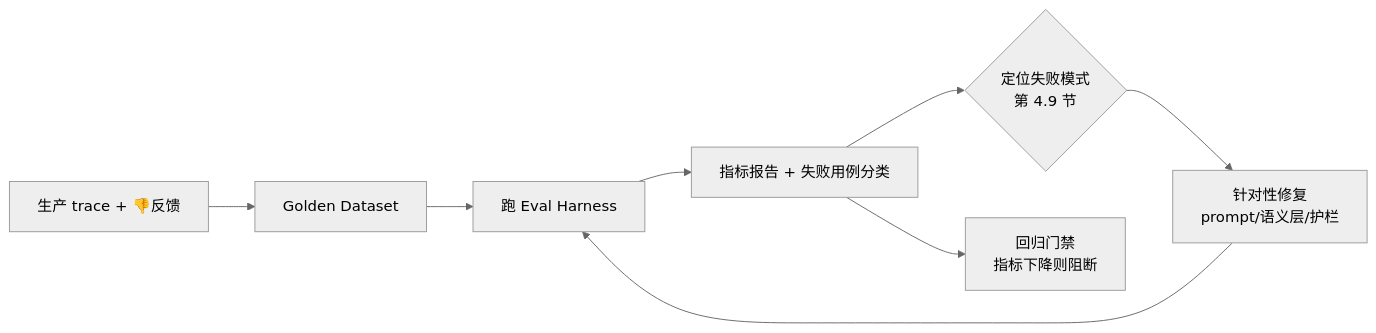
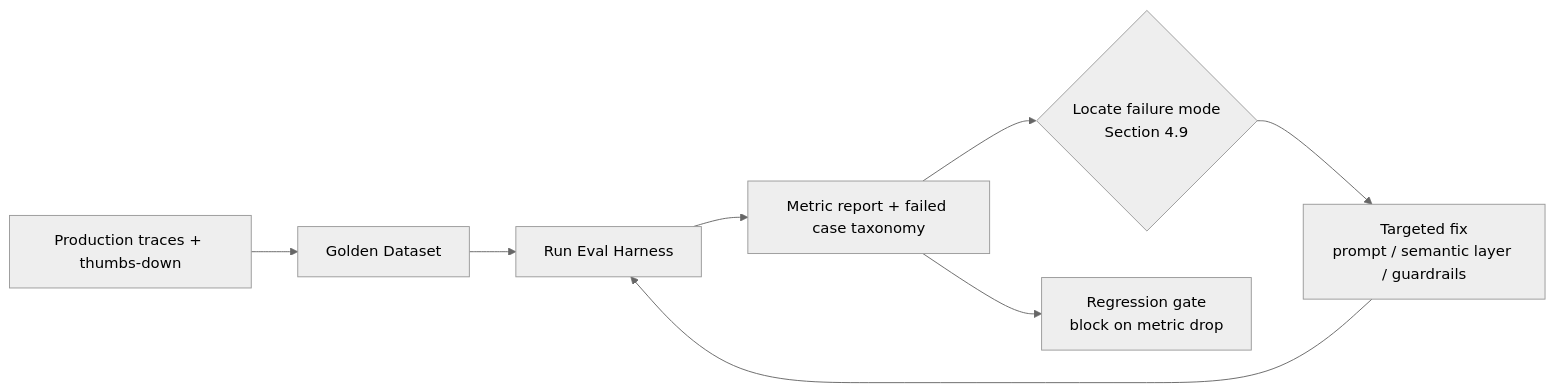
Before and after one commit to AndyUneducated/us-population-agent: the third of 4 diagrams in docs/TECHNICAL_DESIGN.md, drawn with Mermaid (neutral theme). The commit also changed other lines of this file and 35 other files, not shown here.

````diff
--- a/docs/TECHNICAL_DESIGN.md
+++ b/docs/TECHNICAL_DESIGN.md
@@ -325,10 +333,10 @@
 ```mermaid
 flowchart LR
-    G[Golden Dataset] --> R[跑 Eval Harness]
-    R --> M[指标报告 + 失败用例分类]
-    M --> A{定位失败模式<br/>第 4.9 节}
-    A --> F[针对性修复<br/>prompt/语义层/护栏]
+    G[Golden Dataset] --> R[Run Eval Harness]
+    R --> M[Metric report + failed case taxonomy]
+    M --> A{Locate failure mode<br/>Section 4.9}
+    A --> F[Targeted fix<br/>prompt / semantic layer / guardrails]
     F --> R
-    M --> CI[回归门禁<br/>指标下降则阻断]
-    P[生产 trace + 👎反馈] --> G
+    M --> CI[Regression gate<br/>block on metric drop]
+    P[Production traces + thumbs-down] --> G
 ```
````
